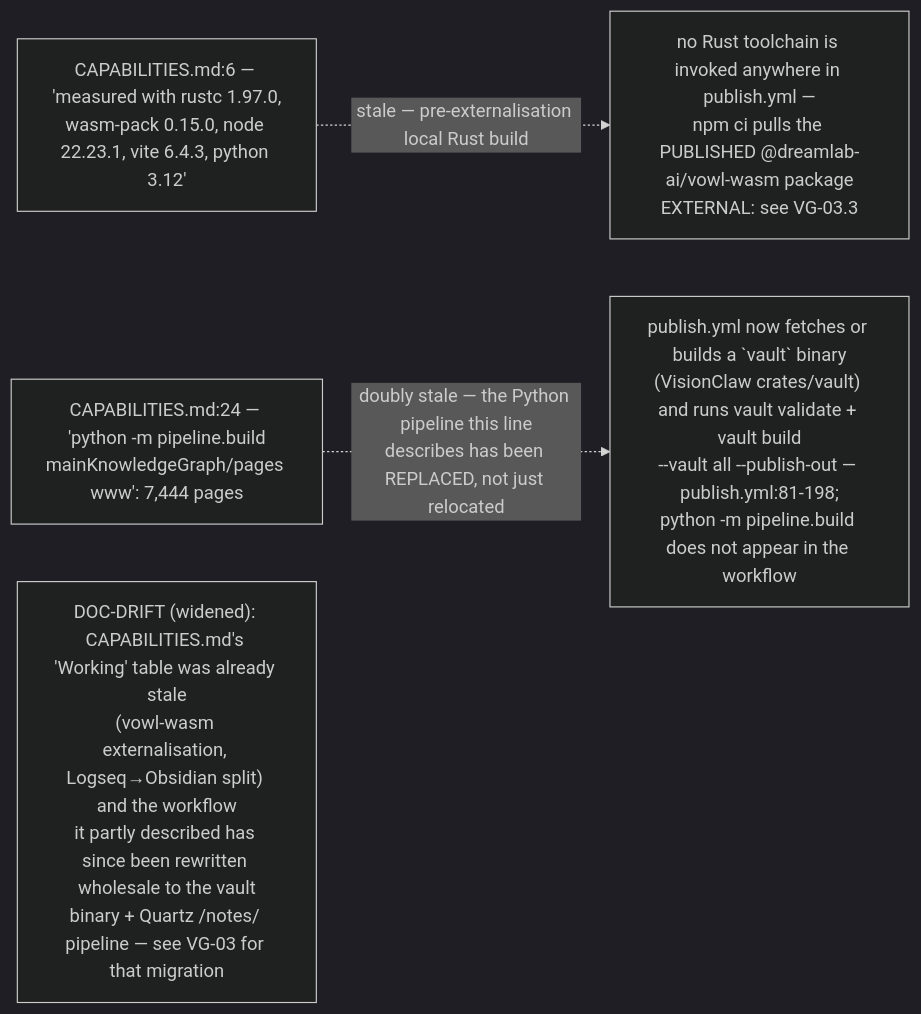
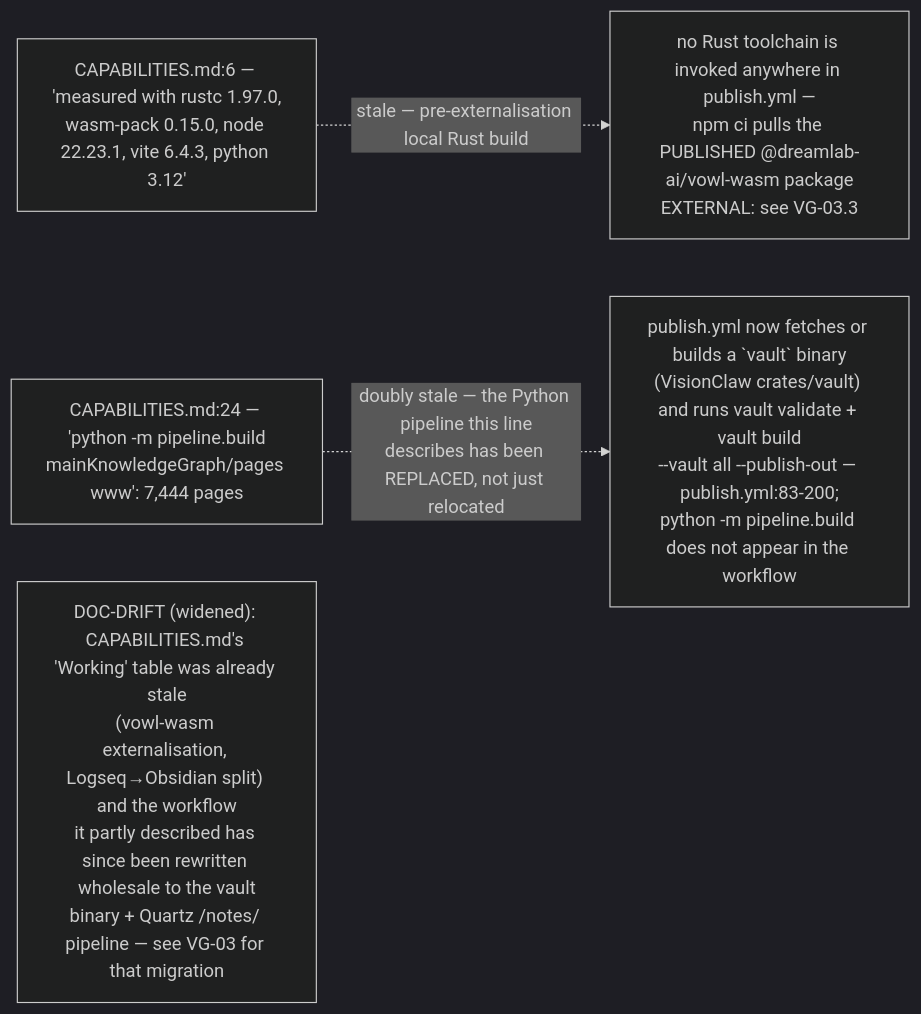
Before and after one commit to DreamLab-AI/VisionFlow: the third of 5 diagrams in docs/diagrams/visiongraph/06-shipping-explorer-duplication.md, drawn with Mermaid (dark theme). The commit also changed other lines of this file and 94 other files, not shown here.

First line of the commit message:
docs(diagrams): re-verify 130 topics against 2 October HEADs

````diff
--- a/docs/diagrams/visiongraph/06-shipping-explorer-duplication.md
+++ b/docs/diagrams/visiongraph/06-shipping-explorer-duplication.md
@@ -58,10 +62,10 @@
 ```mermaid
 flowchart LR
     TOOLCHAIN["CAPABILITIES.md:6 — 'measured with rustc 1.97.0,<br/>wasm-pack 0.15.0, node 22.23.1, vite 6.4.3, python 3.12'"]
     NOTOOL["no Rust toolchain is invoked anywhere in publish.yml —<br/>npm ci pulls the PUBLISHED @dreamlab-ai/vowl-wasm package<br/>EXTERNAL: see VG-03.3"]
     PIPEPATH["CAPABILITIES.md:24 — 'python -m pipeline.build<br/>mainKnowledgeGraph/pages www': 7,444 pages"]
-    REALPATH["publish.yml now fetches or builds a `vault` binary<br/>#40;VisionClaw crates/vault#41; and runs vault validate + vault build<br/>--vault all --publish-out — publish.yml:81-198;<br/>python -m pipeline.build does not appear in the workflow"]
+    REALPATH["publish.yml now fetches or builds a `vault` binary<br/>#40;VisionClaw crates/vault#41; and runs vault validate + vault build<br/>--vault all --publish-out — publish.yml:83-200;<br/>python -m pipeline.build does not appear in the workflow"]
     TOOLCHAIN -.->|"stale — pre-externalisation local Rust build"| NOTOOL
     PIPEPATH -.->|"doubly stale — the Python pipeline this line<br/>describes has been REPLACED, not just relocated"| REALPATH
     note1["DOC-DRIFT #40;widened#41;: CAPABILITIES.md's 'Working' table was already stale<br/>#40;vowl-wasm externalisation, Logseq→Obsidian split#41; and the workflow<br/>it partly described has since been rewritten wholesale to the vault<br/>binary + Quartz #47;notes#47; pipeline — see VG-03 for that migration"]
 ```
````
